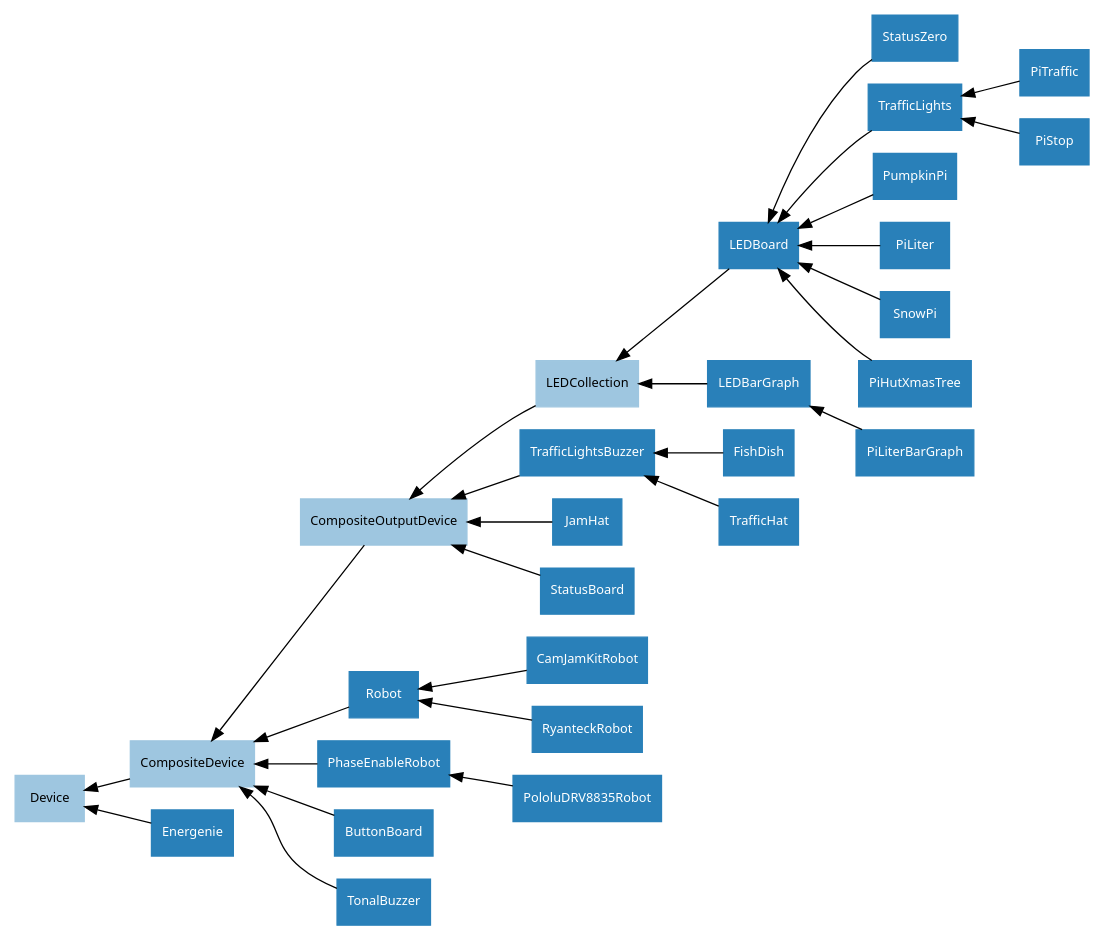
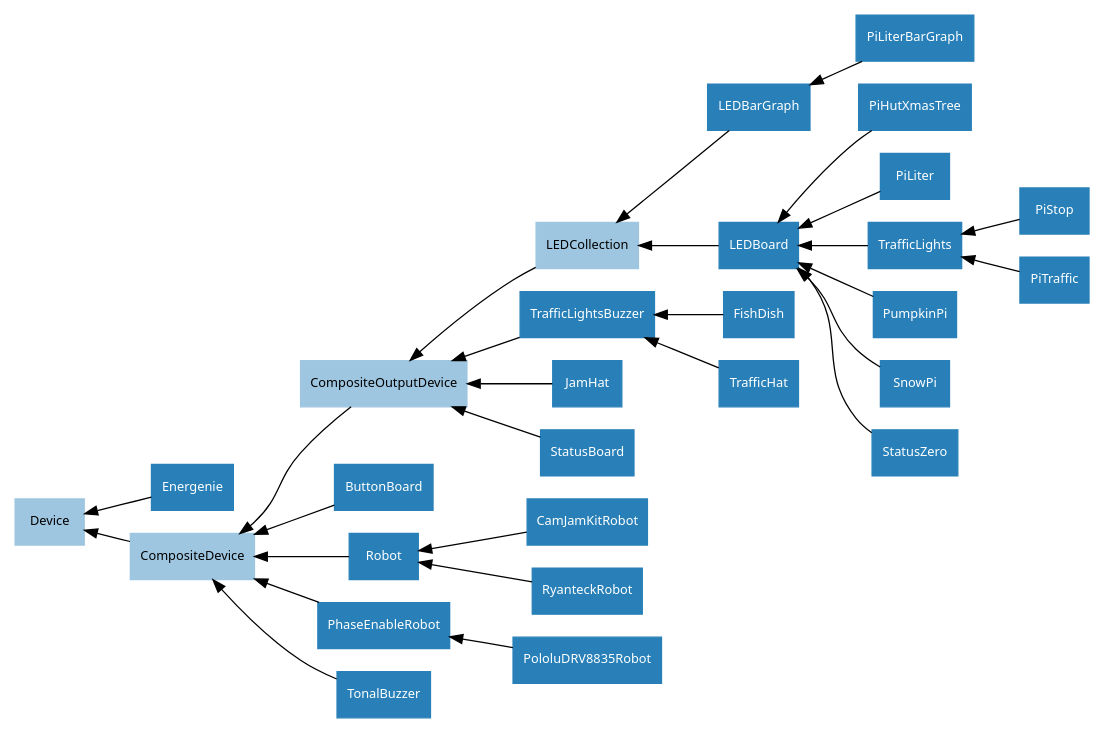
One commit to gpiozero/gpiozero changed the diagram in docs/images/composite_device_hierarchy.dot. Above: the diagram before and after it, drawn with Graphviz. The commit also changed other lines of this file and 5 other files, not shown here.

```diff
--- a/docs/images/composite_device_hierarchy.dot
+++ b/docs/images/composite_device_hierarchy.dot
@@ -1,49 +1,49 @@
 digraph classes {
     graph [rankdir=RL];
     node [shape=rect, style=filled, fontname=Sans, fontsize=10];
     edge [];
 
     /* Mixin classes */
     node [color="#c69ee0", fontcolor="#000000"]
 
     
 
     /* Abstract classes */
     node [color="#9ec6e0", fontcolor="#000000"]
 
+    CompositeDevice;
+    CompositeOutputDevice;
     Device;
-    CompositeOutputDevice;
-    CompositeDevice;
     LEDCollection;
 
     /* Concrete classes */
     node [color="#2980b9", fontcolor="#ffffff"];
 
+    ButtonBoard->CompositeDevice;
     CamJamKitRobot->Robot;
+    CompositeDevice->Device;
+    CompositeOutputDevice->CompositeDevice;
+    Energenie->Device;
+    FishDish->TrafficLightsBuzzer;
+    JamHat->CompositeOutputDevice;
+    LEDBarGraph->LEDCollection;
+    LEDBoard->LEDCollection;
+    LEDCollection->CompositeOutputDevice;
     PhaseEnableRobot->CompositeDevice;
-    CompositeDevice->Device;
-    Energenie->Device;
+    PiHutXmasTree->LEDBoard;
+    PiLiter->LEDBoard;
+    PiLiterBarGraph->LEDBarGraph;
+    PiStop->TrafficLights;
+    PiTraffic->TrafficLights;
+    PololuDRV8835Robot->PhaseEnableRobot;
+    PumpkinPi->LEDBoard;
+    Robot->CompositeDevice;
+    RyanteckRobot->Robot;
+    SnowPi->LEDBoard;
+    StatusBoard->CompositeOutputDevice;
     StatusZero->LEDBoard;
-    FishDish->TrafficLightsBuzzer;
-    LEDBarGraph->LEDCollection;
+    TonalBuzzer->CompositeDevice;
+    TrafficHat->TrafficLightsBuzzer;
+    TrafficLights->LEDBoard;
     TrafficLightsBuzzer->CompositeOutputDevice;
-    TrafficLights->LEDBoard;
-    PiTraffic->TrafficLights;
-    PumpkinPi->LEDBoard;
-    TrafficHat->TrafficLightsBuzzer;
-    PiLiter->LEDBoard;
-    LEDCollection->CompositeOutputDevice;
-    PiStop->TrafficLights;
-    CompositeOutputDevice->CompositeDevice;
-    JamHat->CompositeOutputDevice;
-    PololuDRV8835Robot->PhaseEnableRobot;
-    Robot->CompositeDevice;
-    SnowPi->LEDBoard;
-    ButtonBoard->CompositeDevice;
-    RyanteckRobot->Robot;
-    PiLiterBarGraph->LEDBarGraph;
-    StatusBoard->CompositeOutputDevice;
-    PiHutXmasTree->LEDBoard;
-    LEDBoard->LEDCollection;
-    TonalBuzzer->CompositeDevice;
 }
```
